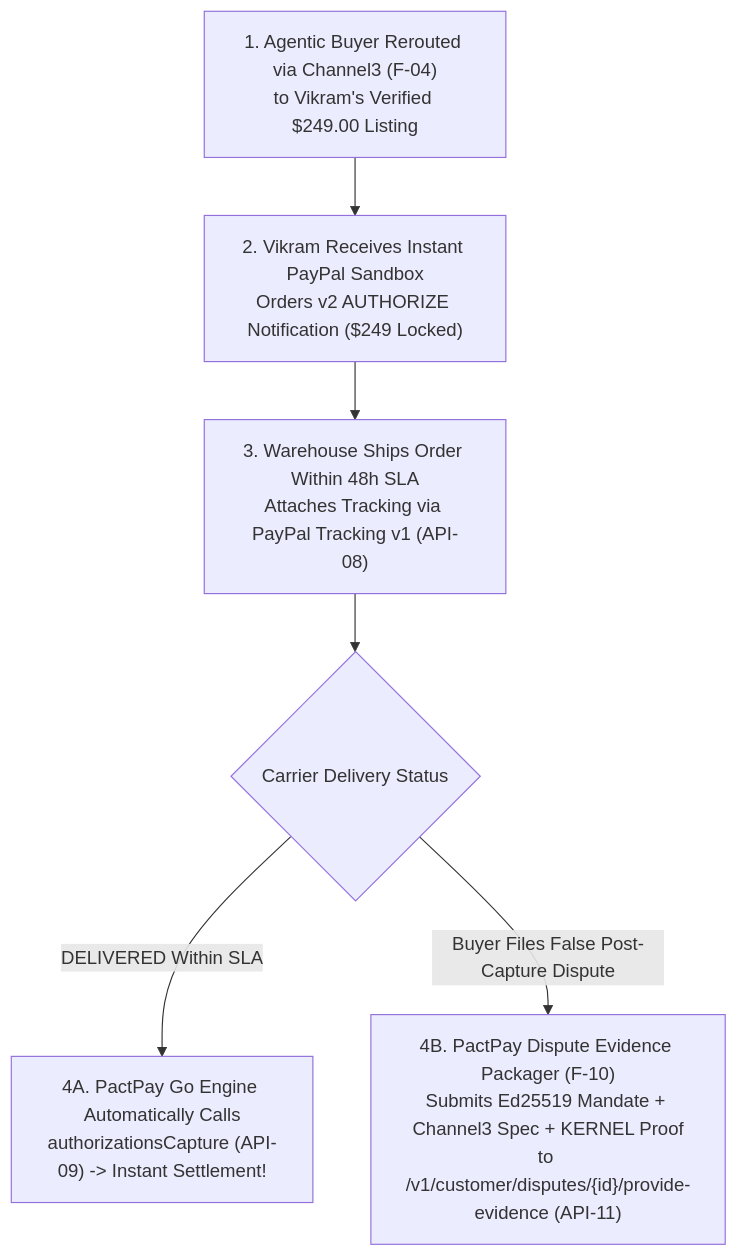
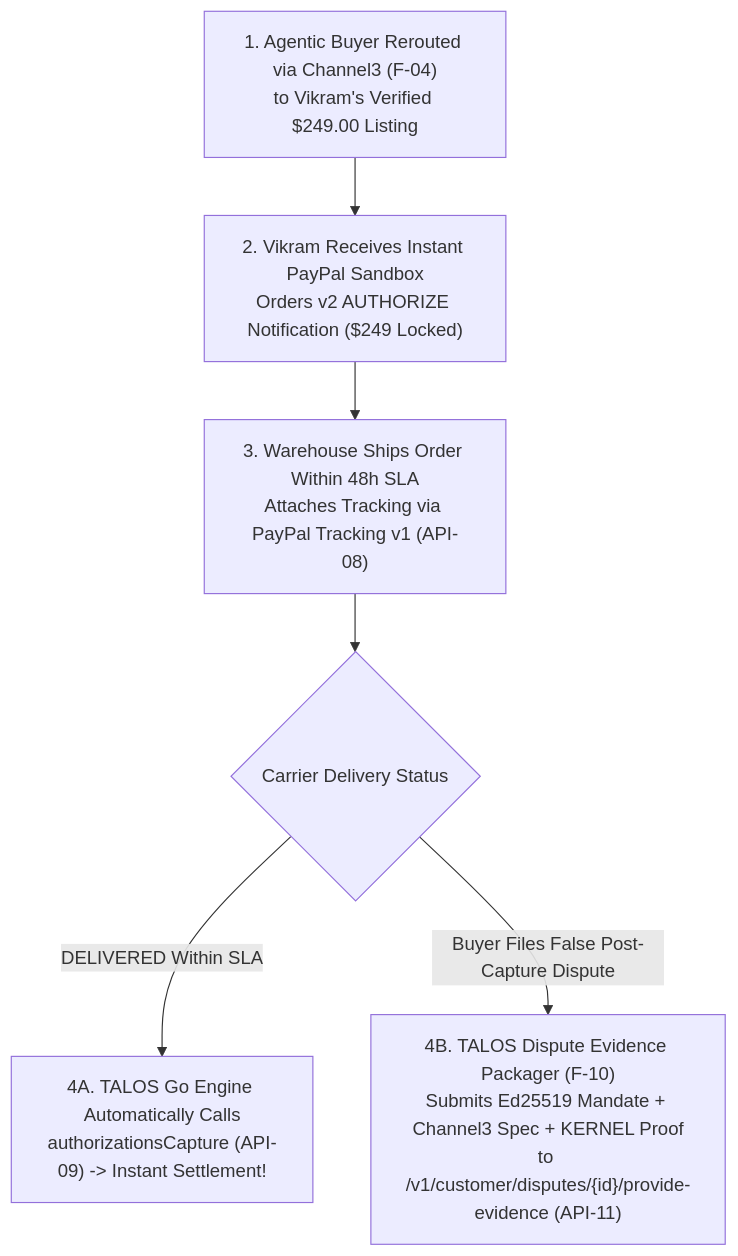
The fifth of 5 diagrams in docs/01-product/USER_JOURNEYS.md (sruj08/Talos), drawn with Mermaid before and after one commit. The commit also changed other lines of this file and 457 other files, not shown here.

Commit message:
feat: initialize polyglot project architecture with comprehensive documentation, Go orchestrator, and Rust firewall services

````diff
--- a/docs/01-product/USER_JOURNEYS.md
+++ b/docs/01-product/USER_JOURNEYS.md
@@ -102,8 +102,8 @@
 ```mermaid
 flowchart TD
     A["1. Agentic Buyer Rerouted via Channel3 (F-04)<br/>to Vikram's Verified $249.00 Listing"] --> B["2. Vikram Receives Instant PayPal Sandbox<br/>Orders v2 AUTHORIZE Notification ($249 Locked)"]
     B --> C["3. Warehouse Ships Order Within 48h SLA<br/>Attaches Tracking via PayPal Tracking v1 (API-08)"]
     C --> D{"Carrier Delivery Status"}
-    D -->|DELIVERED Within SLA| E["4A. PactPay Go Engine Automatically Calls<br/>authorizationsCapture (API-09) -> Instant Settlement!"]
-    D -->|Buyer Files False Post-Capture Dispute| F["4B. PactPay Dispute Evidence Packager (F-10)<br/>Submits Ed25519 Mandate + Channel3 Spec + KERNEL Proof<br/>to /v1/customer/disputes/{id}/provide-evidence (API-11)"]
+    D -->|DELIVERED Within SLA| E["4A. TALOS Go Engine Automatically Calls<br/>authorizationsCapture (API-09) -> Instant Settlement!"]
+    D -->|Buyer Files False Post-Capture Dispute| F["4B. TALOS Dispute Evidence Packager (F-10)<br/>Submits Ed25519 Mandate + Channel3 Spec + KERNEL Proof<br/>to /v1/customer/disputes/{id}/provide-evidence (API-11)"]
 ```
````
